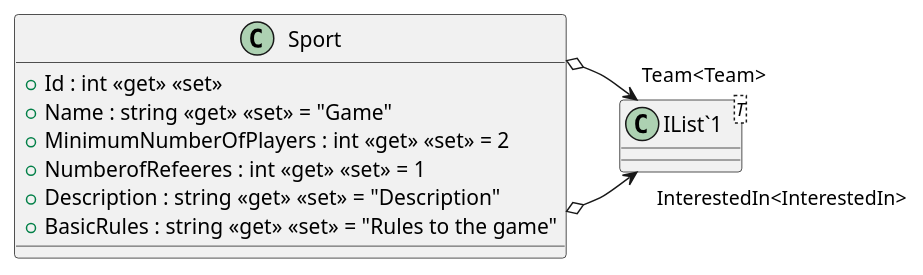
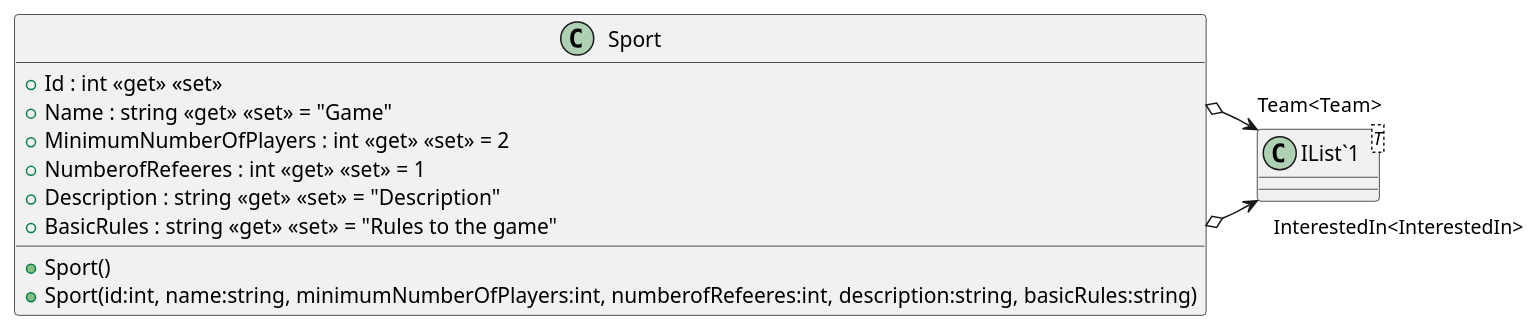
Before and after one commit to SEII2627SEALLUAN/SEII2627SEALLUAN: the diagram in src/AppForSEII.API/ClassDiagram/Sport.puml, drawn with PlantUML. The commit also changed 9 other files, not shown here.

```diff
--- a/src/AppForSEII.API/ClassDiagram/Sport.puml
+++ b/src/AppForSEII.API/ClassDiagram/Sport.puml
@@ -1,14 +1,16 @@
 @startuml
 class Sport {
+    + Sport()
+    + Sport(id:int, name:string, minimumNumberOfPlayers:int, numberofRefeeres:int, description:string, basicRules:string)
     + Id : int <<get>> <<set>>
     + Name : string <<get>> <<set>> = "Game"
     + MinimumNumberOfPlayers : int <<get>> <<set>> = 2
     + NumberofRefeeres : int <<get>> <<set>> = 1
     + Description : string <<get>> <<set>> = "Description"
     + BasicRules : string <<get>> <<set>> = "Rules to the game"
 }
 class "IList`1"<T> {
 }
 Sport o-> "InterestedIn<InterestedIn>" "IList`1"
 Sport o-> "Team<Team>" "IList`1"
 @enduml
```
